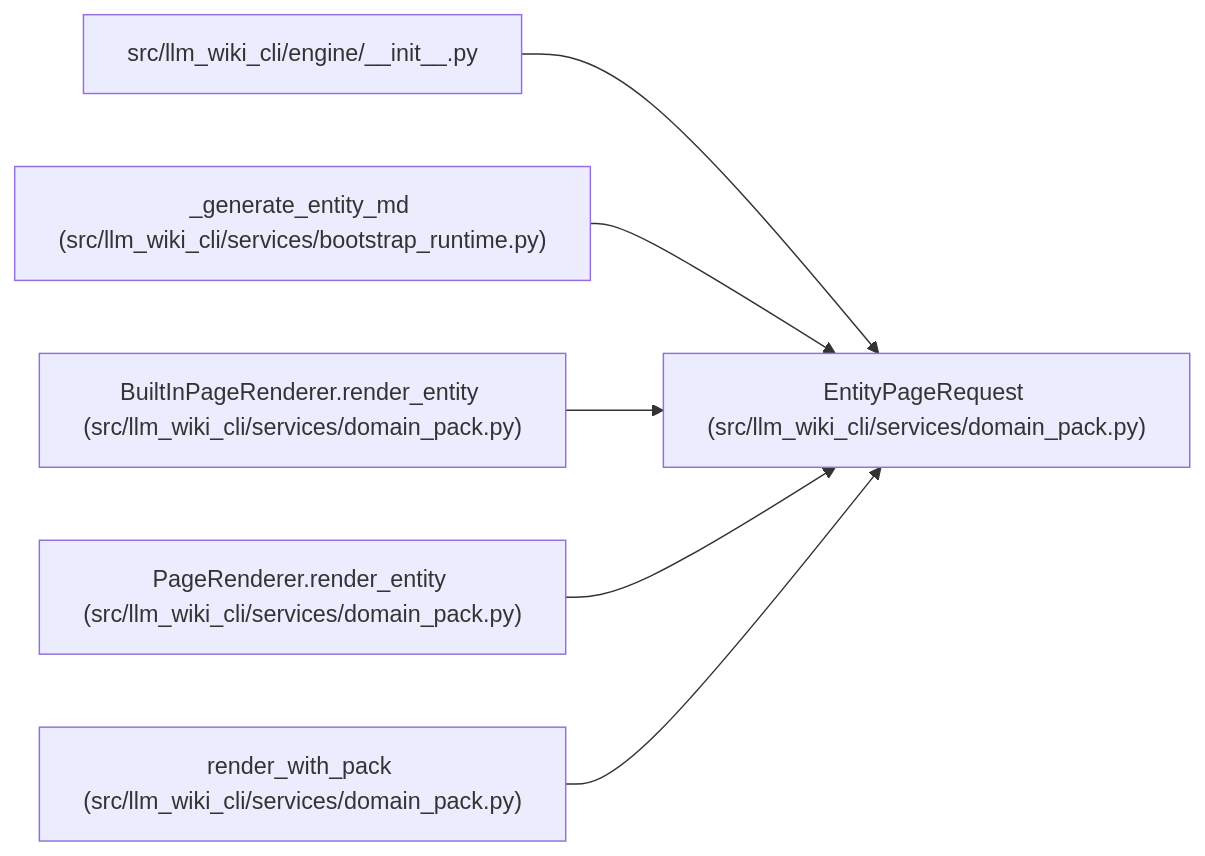
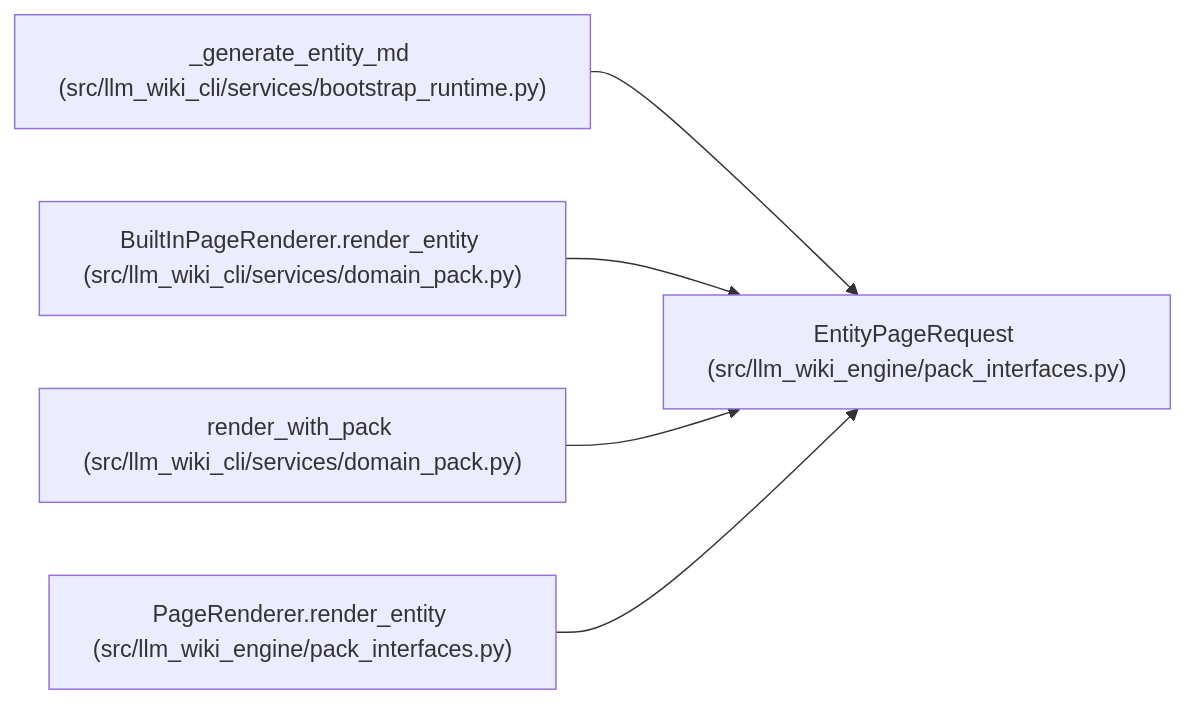
Before and after one commit to Denissvgn/python-wiki-llm: the diagram in docs/llm_wiki/entities/EntityPageRequest.md, drawn with Mermaid. The commit also changed other lines of this file and 585 other files, not shown here.

Commit message:
docs: refresh the wiki for per-engine integrations

````diff
--- a/docs/llm_wiki/entities/EntityPageRequest.md
+++ b/docs/llm_wiki/entities/EntityPageRequest.md
@@ -36,20 +36,17 @@
 ```mermaid
 flowchart LR
-    n0["EntityPageRequest (src/llm_wiki_cli/services/domain_pack.py)"]
-    n1["src/llm_wiki_cli/engine/__init__.py"]
-    n2["_generate_entity_md (src/llm_wiki_cli/services/bootstrap_runtime.py)"]
-    n3["BuiltInPageRenderer.render_entity (src/llm_wiki_cli/services/domain_pack.py)"]
-    n4["PageRenderer.render_entity (src/llm_wiki_cli/services/domain_pack.py)"]
-    n5["render_with_pack (src/llm_wiki_cli/services/domain_pack.py)"]
+    n0["EntityPageRequest (src/llm_wiki_engine/pack_interfaces.py)"]
+    n1["_generate_entity_md (src/llm_wiki_cli/services/bootstrap_runtime.py)"]
+    n2["BuiltInPageRenderer.render_entity (src/llm_wiki_cli/services/domain_pack.py)"]
+    n3["render_with_pack (src/llm_wiki_cli/services/domain_pack.py)"]
+    n4["PageRenderer.render_entity (src/llm_wiki_engine/pack_interfaces.py)"]
     n1 --> n0
     n2 --> n0
     n3 --> n0
     n4 --> n0
-    n5 --> n0
-    click n0 "../modules/domain_pack.md"
-    click n1 "../modules/engine___init__.md"
-    click n2 "../modules/bootstrap_runtime.md"
+    click n0 "../modules/pack_interfaces.md"
+    click n1 "../modules/bootstrap_runtime.md"
+    click n2 "../modules/domain_pack.md"
     click n3 "../modules/domain_pack.md"
-    click n4 "../modules/domain_pack.md"
-    click n5 "../modules/domain_pack.md"
+    click n4 "../modules/pack_interfaces.md"
 ```
````
